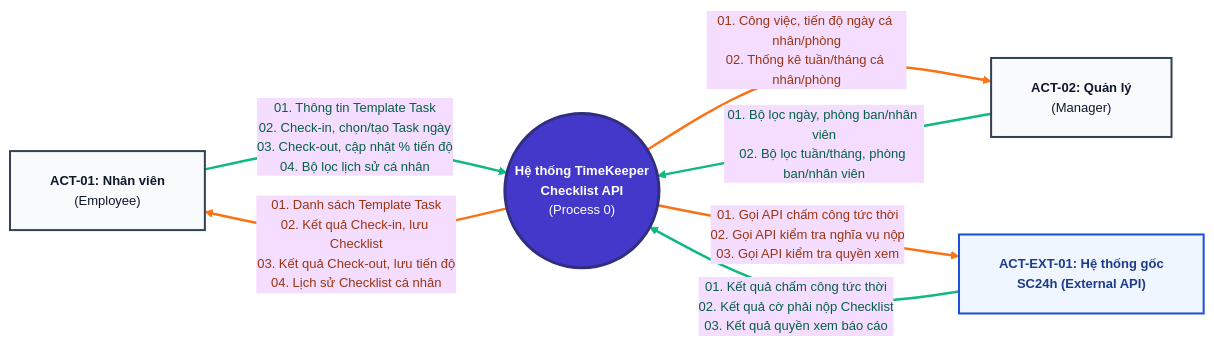
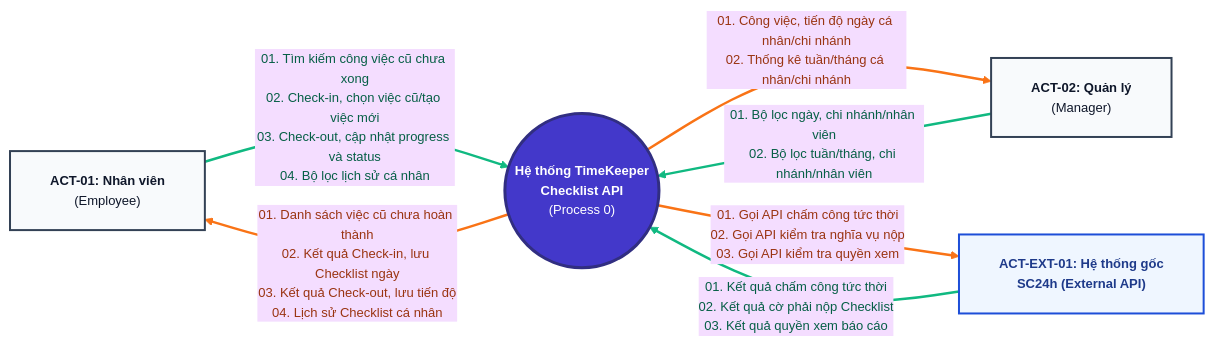
The diagram in md/analysis/3-dfd-context-diagram.md (hungnm3112/project-timekeeper), drawn with Mermaid before and after one commit. The commit also changed other lines of this file and 5 other files, not shown here.

````diff
--- a/md/analysis/3-dfd-context-diagram.md
+++ b/md/analysis/3-dfd-context-diagram.md
@@ -37,42 +37,42 @@
 ```mermaid
 %%{init: {
   'theme': 'base',
   'themeVariables': {
     'fontSize': '13px'
   },
   'flowchart': {
     'nodeSpacing': 50,
     'rankSpacing': 100,
     'padding': 20
   }
 }}%%
 flowchart LR
     ACT01["<b>ACT-01: Nhân viên</b><br/>(Employee)"]
     ACT02["<b>ACT-02: Quản lý</b><br/>(Manager)"]
 
     SYS(("<b>Hệ thống TimeKeeper<br/>Checklist API</b><br/>(Process 0)"))
 
     EXT01["<b>ACT-EXT-01: Hệ thống gốc<br/>SC24h (External API)</b>"]
 
     %% ACT-01 <-> SYS (Links 0, 1)
-    ACT01 -->|"01. Thông tin Template Task<br/>02. Check-in, chọn/tạo Task ngày<br/>03. Check-out, cập nhật % tiến độ<br/>04. Bộ lọc lịch sử cá nhân"| SYS
-    SYS -->|"01. Danh sách Template Task<br/>02. Kết quả Check-in, lưu Checklist<br/>03. Kết quả Check-out, lưu tiến độ<br/>04. Lịch sử Checklist cá nhân"| ACT01
+    ACT01 -->|"01. Tìm kiếm công việc cũ chưa xong<br/>02. Check-in, chọn việc cũ/tạo việc mới<br/>03. Check-out, cập nhật progress và status<br/>04. Bộ lọc lịch sử cá nhân"| SYS
+    SYS -->|"01. Danh sách việc cũ chưa hoàn thành<br/>02. Kết quả Check-in, lưu Checklist ngày<br/>03. Kết quả Check-out, lưu tiến độ<br/>04. Lịch sử Checklist cá nhân"| ACT01
 
     %% ACT-02 <-> SYS (Links 2, 3)
-    ACT02 -->|"01. Bộ lọc ngày, phòng ban/nhân viên<br/>02. Bộ lọc tuần/tháng, phòng ban/nhân viên"| SYS
-    SYS -->|"01. Công việc, tiến độ ngày cá nhân/phòng<br/>02. Thống kê tuần/tháng cá nhân/phòng"| ACT02
+    ACT02 -->|"01. Bộ lọc ngày, chi nhánh/nhân viên<br/>02. Bộ lọc tuần/tháng, chi nhánh/nhân viên"| SYS
+    SYS -->|"01. Công việc, tiến độ ngày cá nhân/chi nhánh<br/>02. Thống kê tuần/tháng cá nhân/chi nhánh"| ACT02
 
     %% EXT-01 <-> SYS (Links 4, 5)
     EXT01 -->|"01. Kết quả chấm công tức thời<br/>02. Kết quả cờ phải nộp Checklist<br/>03. Kết quả quyền xem báo cáo"| SYS
     SYS -->|"01. Gọi API chấm công tức thời<br/>02. Gọi API kiểm tra nghĩa vụ nộp<br/>03. Gọi API kiểm tra quyền xem"| EXT01
 
     %% Styling Nodes
     style SYS fill:#4338ca,stroke:#312e81,stroke-width:3px,color:#ffffff
     style ACT01 fill:#f8fafc,stroke:#334155,stroke-width:2px,color:#0f172a
     style ACT02 fill:#f8fafc,stroke:#334155,stroke-width:2px,color:#0f172a
     style EXT01 fill:#eff6ff,stroke:#1d4ed8,stroke-width:2px,color:#1e3a8a
 
     %% Styling Edges: Green (#10b981) for Input, Orange (#f97316) for Output
     linkStyle 0,2,4 stroke:#10b981,stroke-width:2.5px,color:#065f46
     linkStyle 1,3,5 stroke:#f97316,stroke-width:2.5px,color:#9a3412
 ```
````
